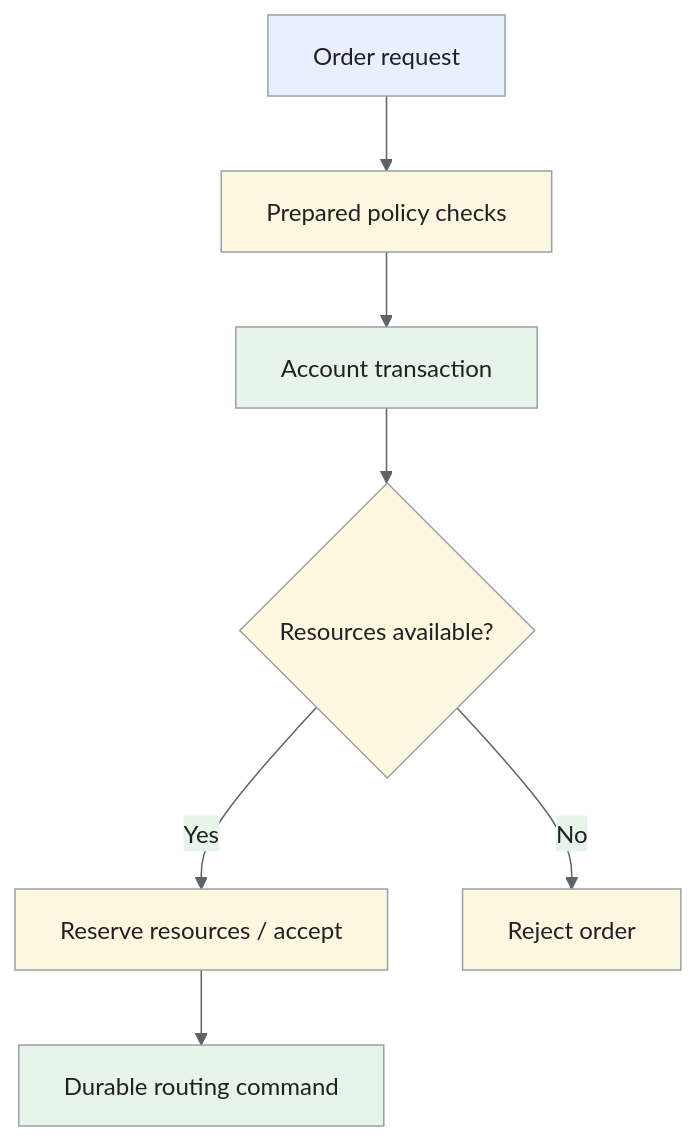
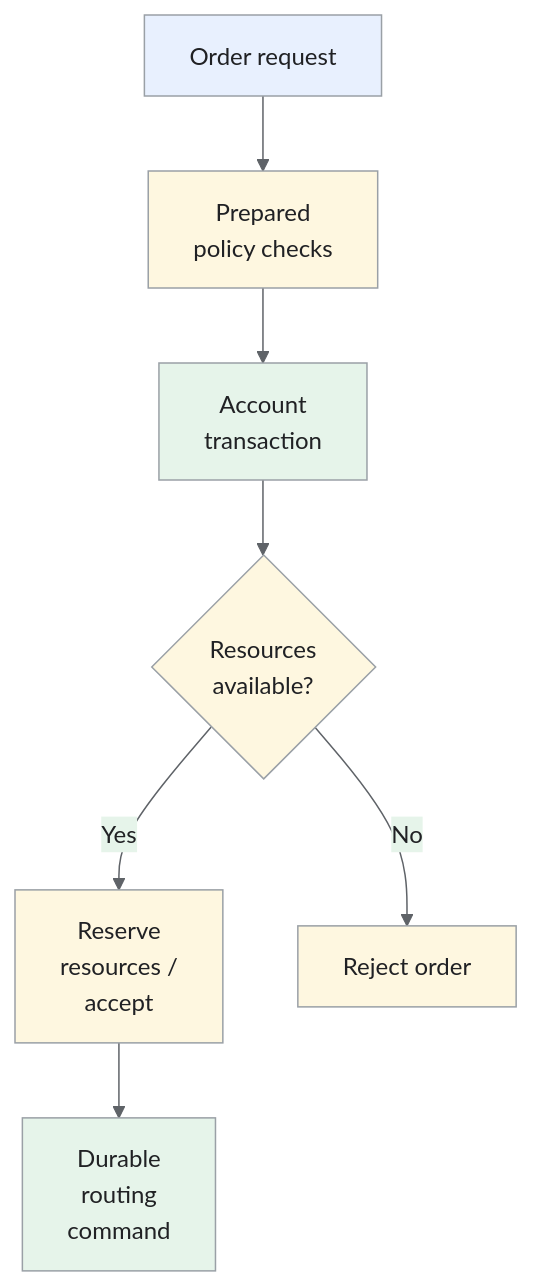
One commit to iliazlobin/iliazlobin.github.io changed the fifth of 5 diagrams in _designs/system-design-stock-trading-platform.md. Above: the diagram before and after it, drawn with Mermaid. The commit also changed other lines of this file and 116 other files, not shown here.

````diff
--- a/_designs/system-design-stock-trading-platform.md
+++ b/_designs/system-design-stock-trading-platform.md
@@ -349,17 +384,17 @@
 ```mermaid
-%%{init: {'theme':'base','themeVariables':{'primaryColor':'#e8f0fe','primaryTextColor':'#202124','primaryBorderColor':'#9aa0a6','lineColor':'#5f6368','secondaryColor':'#e6f4ea','tertiaryColor':'#fef7e0','actorBkg':'#e8f0fe','actorBorder':'#9aa0a6','actorTextColor':'#202124','noteBkgColor':'#fef7e0','noteTextColor':'#202124','noteBorderColor':'#9aa0a6','signalColor':'#5f6368','signalTextColor':'#202124','labelBoxBkgColor':'#fef7e0','labelBoxBorderColor':'#9aa0a6'}}}%%
+%%{init: {"theme":"base","themeVariables":{"primaryColor":"#e8f0fe","primaryBorderColor":"#9aa0a6","primaryTextColor":"#202124","secondaryColor":"#e6f4ea","tertiaryColor":"#fef7e0","lineColor":"#5f6368","actorBkg":"#e8f0fe","actorBorder":"#9aa0a6","actorTextColor":"#202124","noteBkgColor":"#fef7e0","noteBorderColor":"#9aa0a6","noteTextColor":"#202124","signalColor":"#5f6368","signalTextColor":"#202124"}}}%%
 flowchart TB
-  O[Order request] --> P[Prepared policy checks]
-  P --> T[Account transaction]
-  T --> C{Resources available?}
-  C -->|Yes| A[Reserve resources / accept]
+  O[Order request] --> P["Prepared<br>policy checks"]
+  P --> T["Account<br>transaction"]
+  T --> C{"Resources<br>available?"}
+  C -->|Yes| A["Reserve<br>resources /<br>accept"]
   C -->|No| R[Reject order]
-  A --> D[Durable routing command]
+  A --> D["Durable<br>routing<br>command"]
 classDef request fill:#e8f0fe,stroke:#9aa0a6,color:#202124;
 classDef data fill:#e6f4ea,stroke:#9aa0a6,color:#202124;
 classDef control fill:#fef7e0,stroke:#9aa0a6,color:#202124;
 class O request;
 class T,D data;
 class P,C,A,R control;
 
 ```
````
